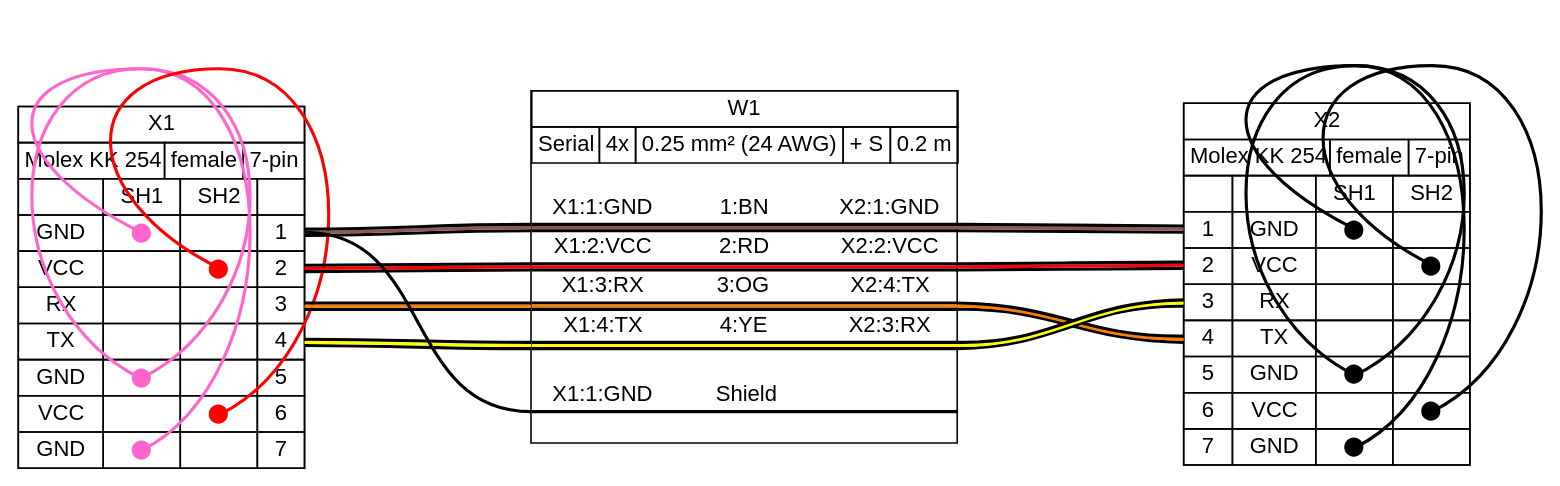
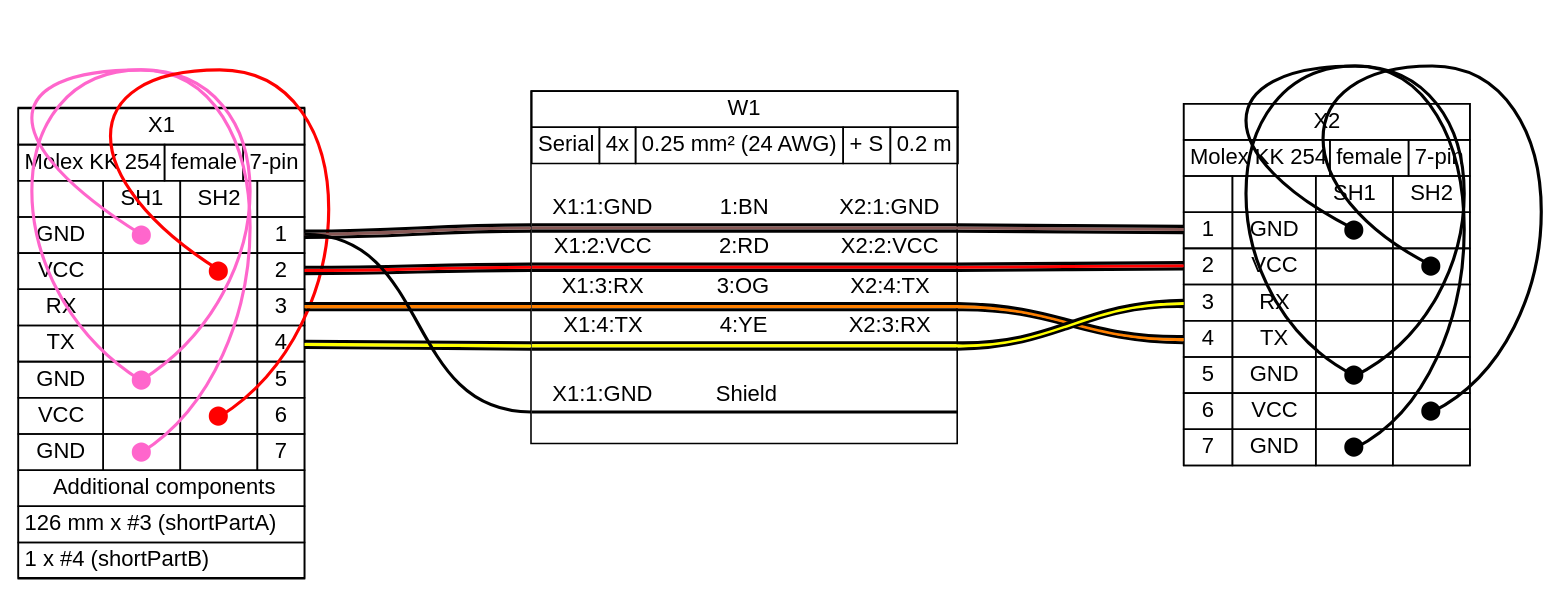
One commit to wireviz/WireViz changed the diagram in examples/ex15.gv. Above: the diagram before and after it, drawn with Graphviz. The commit also changed 14 other files, not shown here.

```diff
--- a/examples/ex15.gv
+++ b/examples/ex15.gv
@@ -75,6 +75,21 @@
     <td port="p7r">7</td>
    </tr>
   </table>
+ </td></tr>
+ <tr><td>
+  <table border="0" cellspacing="0" cellpadding="3" cellborder="1"><tr>
+   <td balign="left">Additional components</td>
+  </tr></table>
+ </td></tr>
+ <tr><td>
+  <table border="0" cellspacing="0" cellpadding="3" cellborder="1"><tr>
+   <td align="left" balign="left">126 mm x #3 (shortPartA)</td>
+  </tr></table>
+ </td></tr>
+ <tr><td>
+  <table border="0" cellspacing="0" cellpadding="3" cellborder="1"><tr>
+   <td align="left" balign="left">1 x #4 (shortPartB)</td>
+  </tr></table>
  </td></tr>
 </table>
 > fillcolor="#FFFFFF" shape=box style=filled]
```
